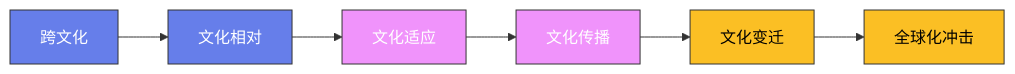
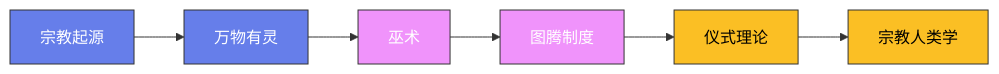
The diagram in content/posts/ModelCreate/人类学/11-生态人类学.md (Fengur/Fengur.github.io), drawn with Mermaid before and after one commit. The commit also changed other lines of this file and 118 other files, not shown here.

````diff
--- a/content/posts/ModelCreate/人类学/11-生态人类学.md
+++ b/content/posts/ModelCreate/人类学/11-生态人类学.md
@@ -21,16 +20,16 @@
 ```mermaid
 graph LR
-    A["跨文化"] --> B["文化相对"]
-    B --> C["文化适应"]
-    C --> D["文化传播"]
-    D --> E["文化变迁"]
-    E --> F["全球化冲击"]
+    A["宗教起源"] --> B["万物有灵"]
+    B --> C["巫术"]
+    C --> D["图腾制度"]
+    D --> E["仪式理论"]
+    E --> F["宗教人类学"]
 
     classDef early fill:#667eea,stroke:#333,color:white
     classDef mid fill:#f093fb,stroke:#333,color:white
     classDef modern fill:#fbbf24,stroke:#333,color:black
 
     class A,B early
     class C,D mid
     class E,F modern
 ```
````
